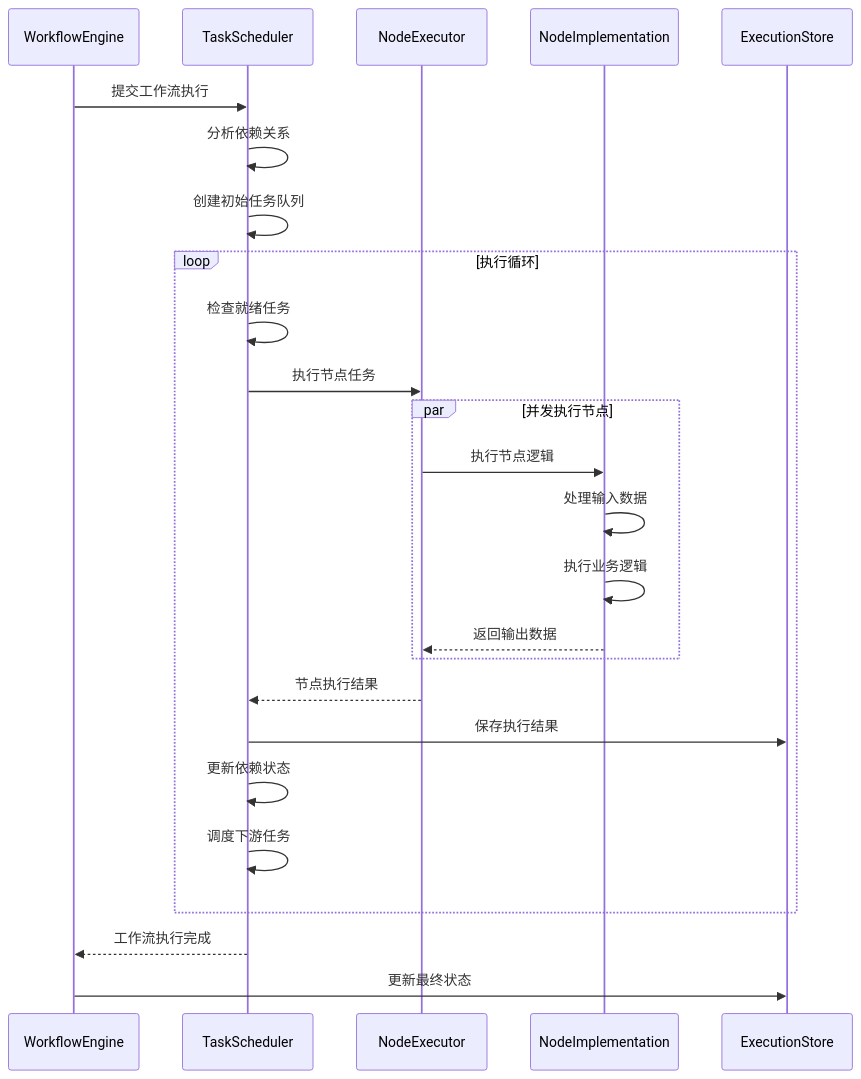
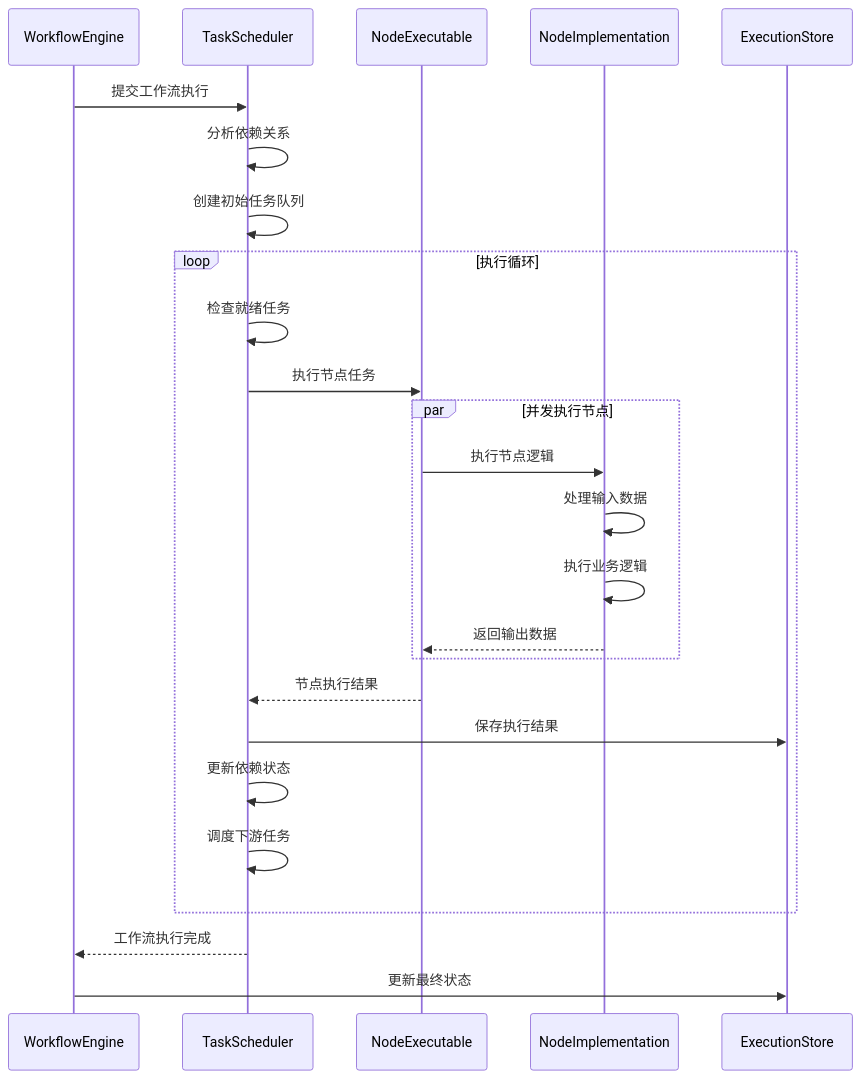
One commit to fusion-data/fusion-data changed the third of 5 diagrams in hetumind/hetumind-docs/src/design/03-0-execution-engine.md. Above: the diagram before and after it, drawn with Mermaid. The commit also changed other lines of this file and 420 other files, not shown here.

````diff
--- a/hetumind/hetumind-docs/src/design/03-0-execution-engine.md
+++ b/hetumind/hetumind-docs/src/design/03-0-execution-engine.md
@@ -121,32 +121,32 @@
 ```mermaid
 sequenceDiagram
     participant Engine as WorkflowEngine
     participant Scheduler as TaskScheduler
-    participant Executor as NodeExecutor
+    participant Executor as NodeExecutable
     participant Node as NodeImplementation
     participant Store as ExecutionStore
 
     Engine->>Scheduler: 提交工作流执行
     Scheduler->>Scheduler: 分析依赖关系
     Scheduler->>Scheduler: 创建初始任务队列
 
     loop 执行循环
         Scheduler->>Scheduler: 检查就绪任务
         Scheduler->>Executor: 执行节点任务
 
         par 并发执行节点
             Executor->>Node: 执行节点逻辑
             Node->>Node: 处理输入数据
             Node->>Node: 执行业务逻辑
             Node-->>Executor: 返回输出数据
         end
 
         Executor-->>Scheduler: 节点执行结果
         Scheduler->>Store: 保存执行结果
         Scheduler->>Scheduler: 更新依赖状态
         Scheduler->>Scheduler: 调度下游任务
     end
 
     Scheduler-->>Engine: 工作流执行完成
     Engine->>Store: 更新最终状态
 ```
````
